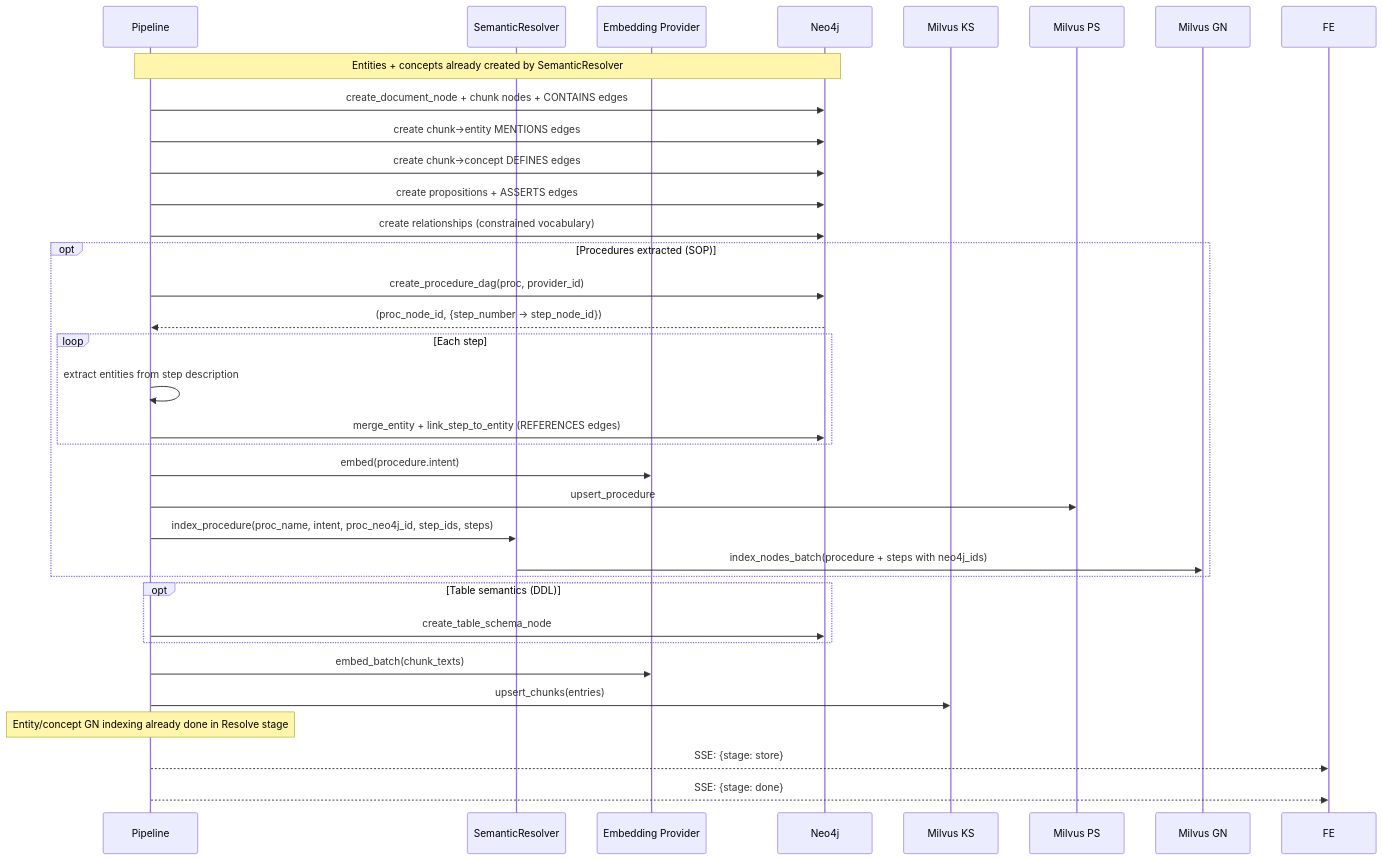
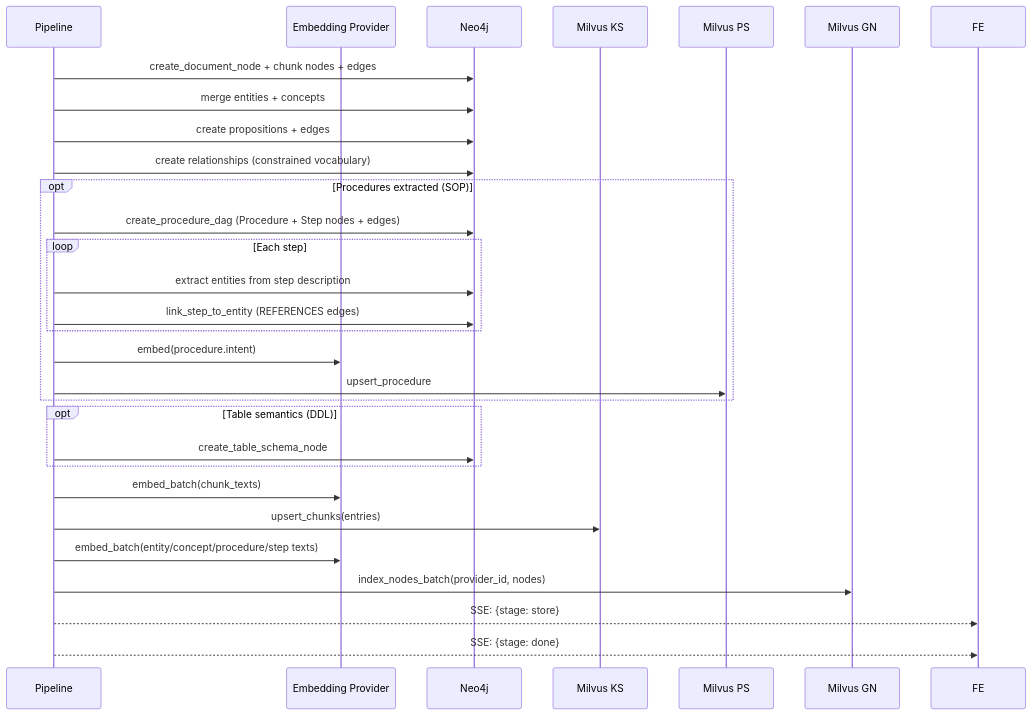
Before and after one commit to rashwin88/trident-demo: the seventh of 7 diagrams in docs/ingestion-pipeline.md, drawn with Mermaid. The commit also changed other lines of this file and 16 other files, not shown here.

````diff
--- a/docs/ingestion-pipeline.md
+++ b/docs/ingestion-pipeline.md
@@ -311,42 +208,37 @@
 ```mermaid
 sequenceDiagram
     participant P as Pipeline
-    participant SR as SemanticResolver
     participant EMB as Embedding Provider
     participant G as Neo4j
     participant KS as Milvus KS
     participant PS as Milvus PS
     participant GN as Milvus GN
 
-    Note over P,G: Entities + concepts already created by SemanticResolver
-    P->>G: create_document_node + chunk nodes + CONTAINS edges
-    P->>G: create chunk→entity MENTIONS edges
-    P->>G: create chunk→concept DEFINES edges
-    P->>G: create propositions + ASSERTS edges
+    P->>G: create_document_node + chunk nodes + edges
+    P->>G: merge entities + concepts
+    P->>G: create propositions + edges
     P->>G: create relationships (constrained vocabulary)
 
     opt Procedures extracted (SOP)
-        P->>G: create_procedure_dag(proc, provider_id)
-        G-->>P: (proc_node_id, {step_number → step_node_id})
+        P->>G: create_procedure_dag (Procedure + Step nodes + edges)
         loop Each step
-            P->>P: extract entities from step description
-            P->>G: merge_entity + link_step_to_entity (REFERENCES edges)
+            P->>G: extract entities from step description
+            P->>G: link_step_to_entity (REFERENCES edges)
         end
         P->>EMB: embed(procedure.intent)
         P->>PS: upsert_procedure
-        P->>SR: index_procedure(proc_name, intent, proc_neo4j_id, step_ids, steps)
-        SR->>GN: index_nodes_batch(procedure + steps with neo4j_ids)
     end
 
     opt Table semantics (DDL)
         P->>G: create_table_schema_node
     end
 
     P->>EMB: embed_batch(chunk_texts)
     P->>KS: upsert_chunks(entries)
 
-    Note over P: Entity/concept GN indexing already done in Resolve stage
+    P->>EMB: embed_batch(entity/concept/procedure/step texts)
+    P->>GN: index_nodes_batch(provider_id, nodes)
 
     P-->>FE: SSE: {stage: store}
     P-->>FE: SSE: {stage: done}
 ```
````
